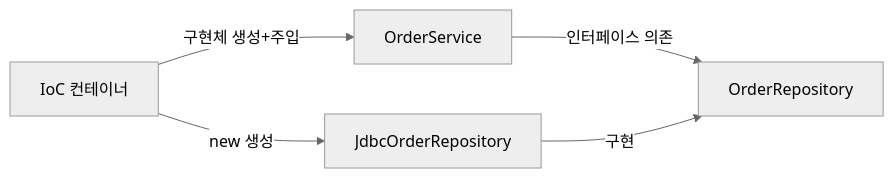
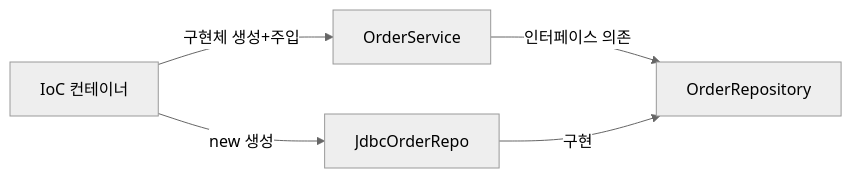
One commit to yjkim2015/yjkim2015.github.io changed the first of 8 diagrams in _posts/spring/2026-05-02-spring-core-basic.md. Above: the diagram before and after it, drawn with Mermaid (neutral theme). The commit also changed other lines of this file and 245 other files, not shown here.

First line of the commit message:
Mermaid 다이어그램 전면 수정 + 면접 포인트 접기/펼치기 + DB 데드락 페이지

````diff
--- a/_posts/spring/2026-05-02-spring-core-basic.md
+++ b/_posts/spring/2026-05-02-spring-core-basic.md
@@ -60,7 +60,7 @@
 ```mermaid
 graph LR
     A["OrderService"] -->|"인터페이스 의존"| B["OrderRepository"]
     C["IoC 컨테이너"] -->|"구현체 생성+주입"| A
-    C -->|"new 생성"| D["JdbcOrderRepository"]
+    C -->|"new 생성"| D["JdbcOrderRepo"]
     D -->|"구현"| B
 ```
````
